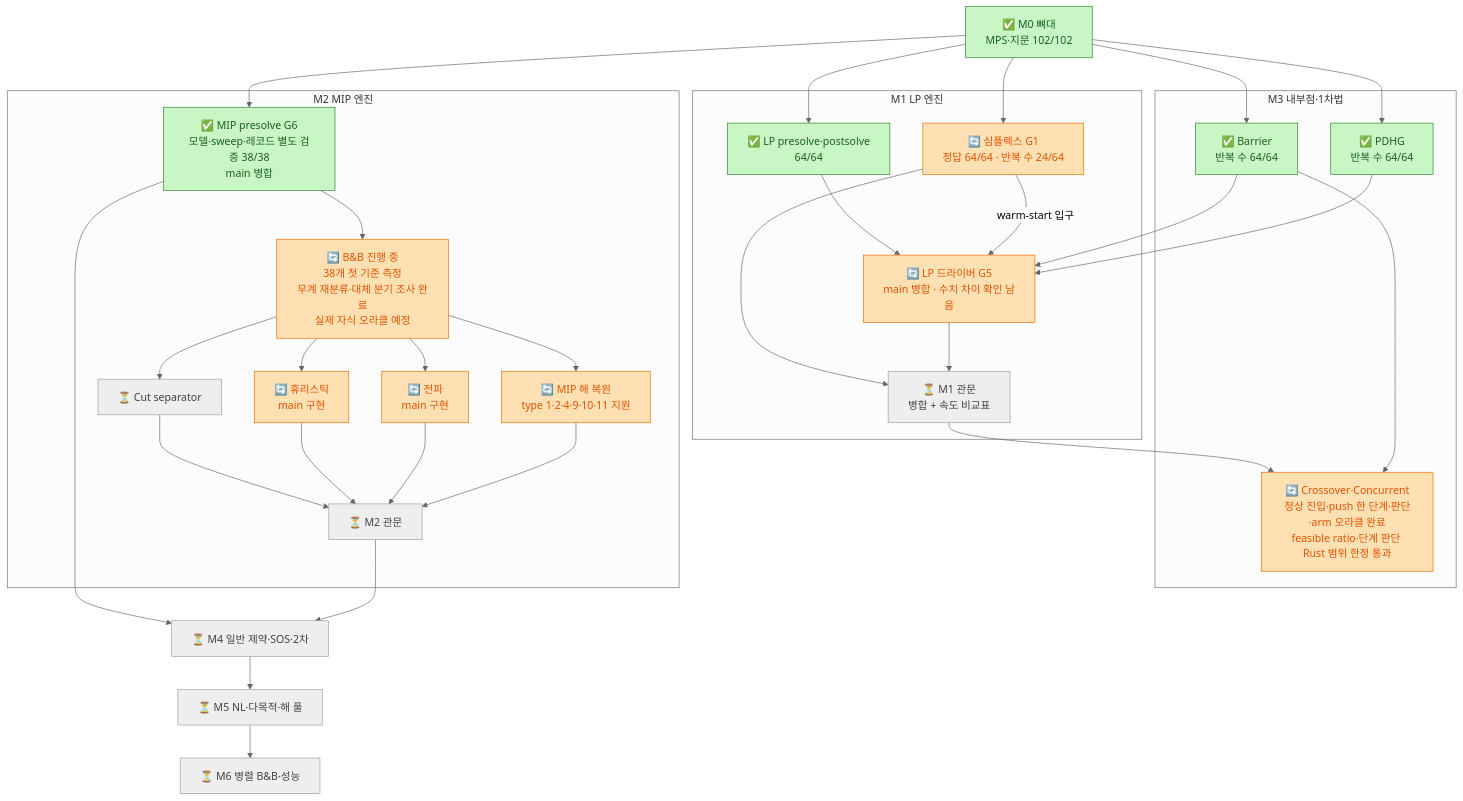
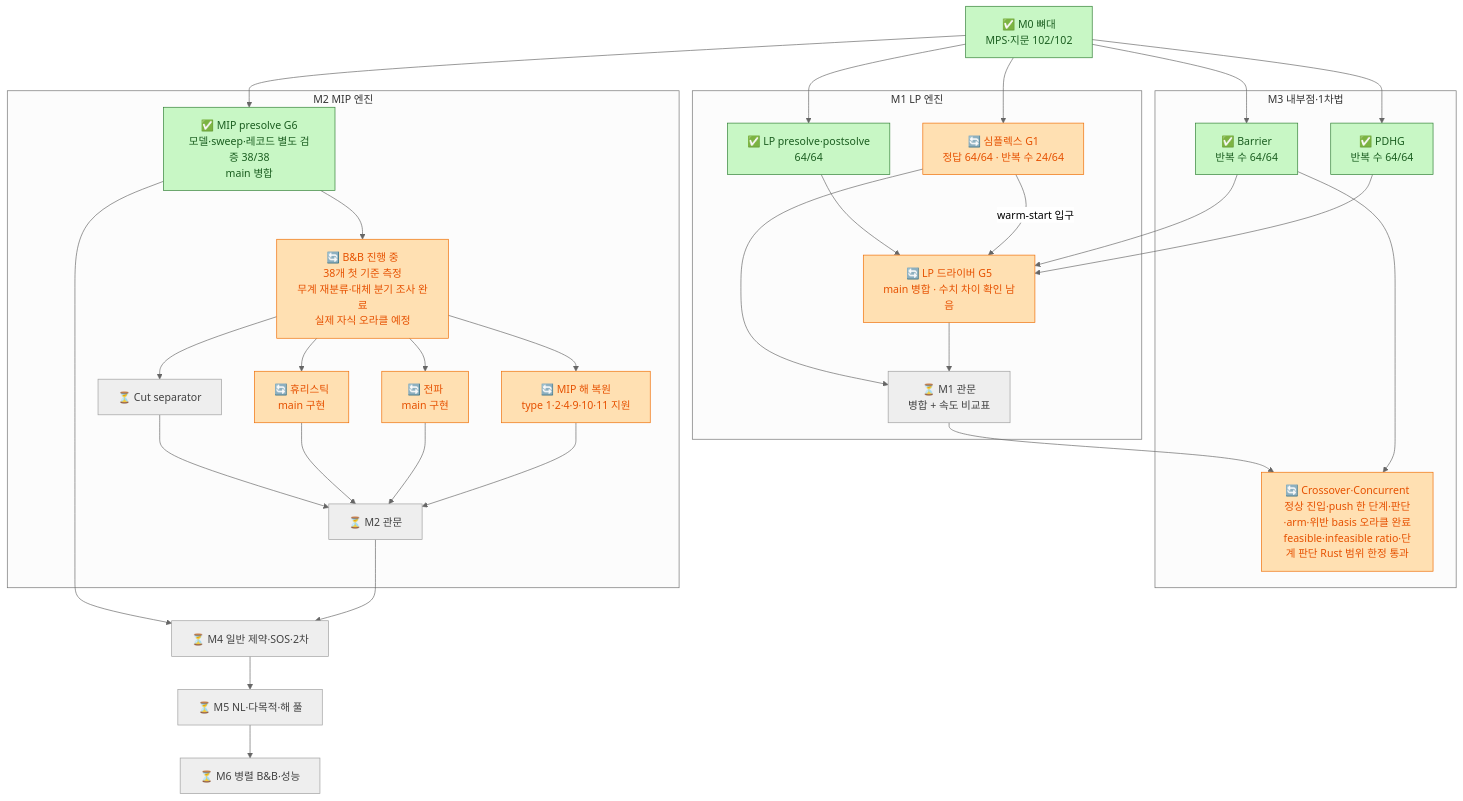
The diagram in docs/12_roadmap_diagram.md (kjh278231/kerobi), drawn with Mermaid (neutral theme) before and after one commit. The commit also changed other lines of this file and 3 other files, not shown here.

````diff
--- a/docs/12_roadmap_diagram.md
+++ b/docs/12_roadmap_diagram.md
@@ -49,49 +51,49 @@
 ```mermaid
 flowchart TD
     classDef done fill:#c8f7c5,stroke:#2e7d32,color:#1b5e20
     classDef doing fill:#ffe0b2,stroke:#ef6c00,color:#e65100
     classDef pending fill:#bbdefb,stroke:#1565c0,color:#0d47a1
     classDef todo fill:#eeeeee,stroke:#9e9e9e,color:#424242
 
     M0["✅ M0 뼈대<br/>MPS·지문 102/102"]:::done
 
     subgraph M1["M1 LP 엔진"]
         PRE["✅ LP presolve·postsolve<br/>64/64"]:::done
         SPX["🔄 심플렉스 G1<br/>정답 64/64 · 반복 수 24/64"]:::doing
         DRV["🔄 LP 드라이버 G5<br/>main 병합 · 수치 차이 확인 남음"]:::doing
         GATE1["⏳ M1 관문<br/>병합 + 속도 비교표"]:::todo
     end
 
     subgraph M3["M3 내부점·1차법"]
         BAR["✅ Barrier<br/>반복 수 64/64"]:::done
         PDHG["✅ PDHG<br/>반복 수 64/64"]:::done
-        XO["🔄 Crossover·Concurrent<br/>정상 진입·push 한 단계·판단·arm 오라클 완료<br/>feasible ratio·단계 판단 Rust 범위 한정 통과"]:::doing
+        XO["🔄 Crossover·Concurrent<br/>정상 진입·push 한 단계·판단·arm·위반 basis 오라클 완료<br/>feasible·infeasible ratio·단계 판단 Rust 범위 한정 통과"]:::doing
     end
 
     subgraph M2["M2 MIP 엔진"]
         MPRE["✅ MIP presolve G6<br/>모델·sweep·레코드 별도 검증 38/38<br/>main 병합"]:::done
         BNB["🔄 B&B 진행 중<br/>38개 첫 기준 측정<br/>무계 재분류·대체 분기 조사 완료<br/>실제 자식 오라클 예정"]:::doing
         CUT["⏳ Cut separator"]:::todo
         HEU["🔄 휴리스틱<br/>main 구현"]:::doing
         PROP["🔄 전파<br/>main 구현"]:::doing
         POST["🔄 MIP 해 복원<br/>type 1·2·4·9·10·11 지원"]:::doing
         GATE2["⏳ M2 관문"]:::todo
     end
 
     M4["⏳ M4 일반 제약·SOS·2차"]:::todo
     M5["⏳ M5 NL·다목적·해 풀"]:::todo
     M6["⏳ M6 병렬 B&B·성능"]:::todo
 
     M0 --> PRE & SPX & BAR & PDHG & MPRE
     PRE --> DRV
     BAR & PDHG --> DRV
     SPX -- "warm-start 입구" --> DRV
     SPX & DRV --> GATE1
     GATE1 --> XO
     BAR --> XO
     MPRE --> BNB
     BNB --> CUT & HEU & PROP & POST
     CUT & HEU & PROP & POST --> GATE2
     MPRE --> M4
     GATE2 --> M4 --> M5 --> M6
 ```
````
